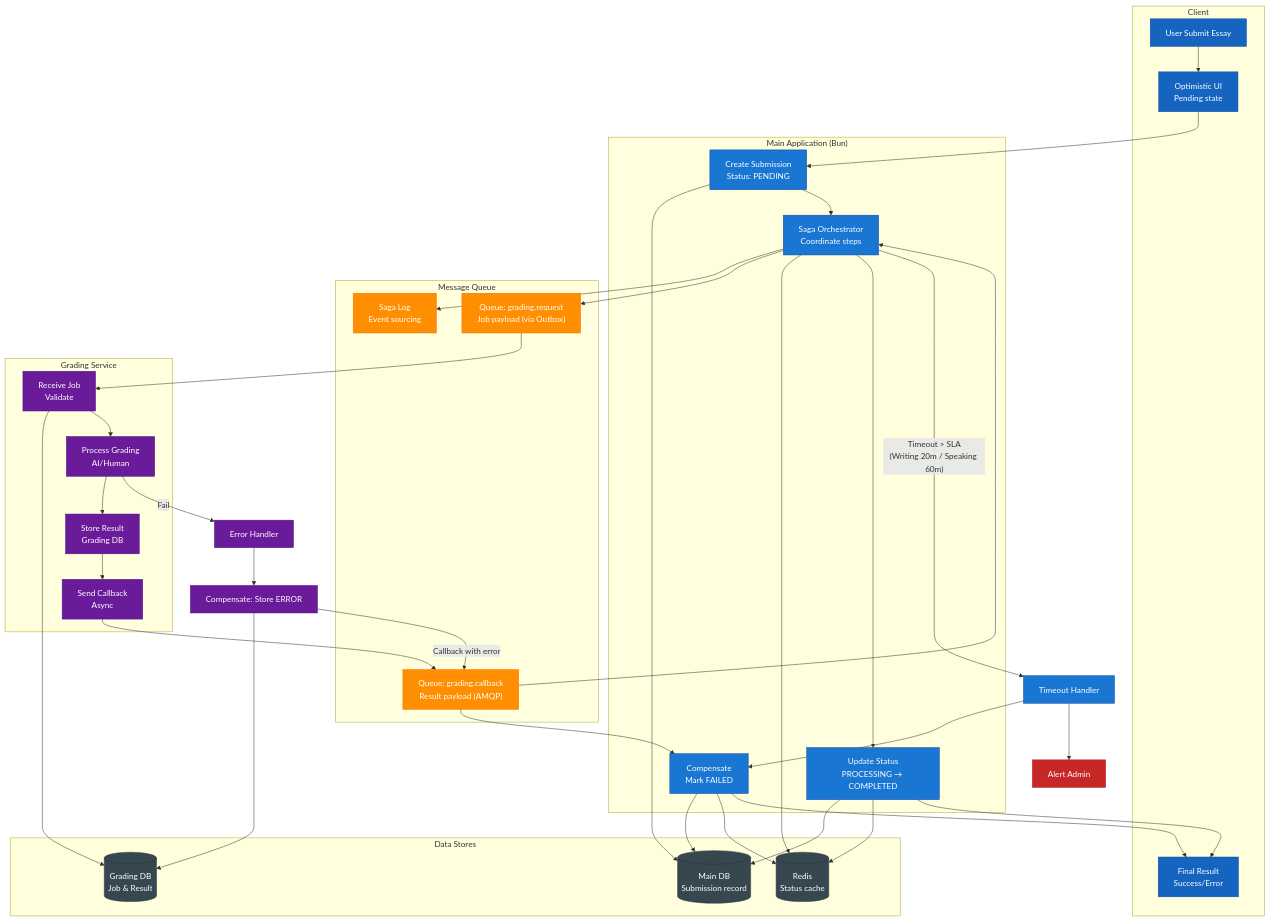
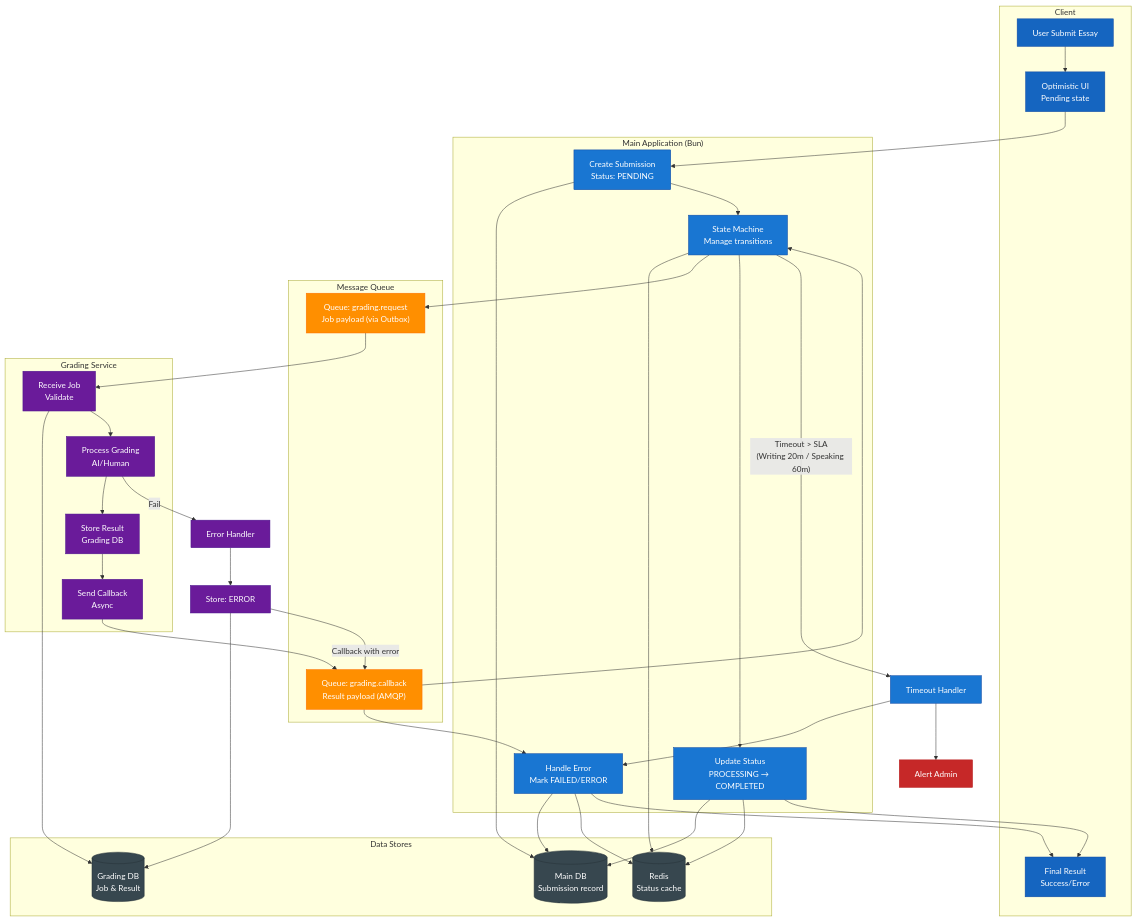
Before and after one commit to nghyane/VSTEP: the fourth of 13 diagrams in docs/capstone/diagrams/flow-diagrams.vi.md, drawn with Mermaid. The commit also changed other lines of this file and 20 other files, not shown here.

````diff
--- a/docs/capstone/diagrams/flow-diagrams.vi.md
+++ b/docs/capstone/diagrams/flow-diagrams.vi.md
@@ -282,15 +282,14 @@
 
     subgraph MainService ["Main Application (Bun)"]
         CreateSubmission["Create Submission<br/>Status: PENDING"]
-        SagaOrchestrator["Saga Orchestrator<br/>Coordinate steps"]
+        StateMachine["State Machine<br/>Manage transitions"]
         UpdateStatus["Update Status<br/>PROCESSING → COMPLETED"]
-        CompensateMain["Compensate<br/>Mark FAILED"]
+        HandleError["Handle Error<br/>Mark FAILED/ERROR"]
     end
 
     subgraph MessageQueue ["Message Queue"]
         JobRequest["Queue: grading.request<br/>Job payload (via Outbox)"]
         JobCallback["Queue: grading.callback<br/>Result payload (AMQP)"]
-        SagaLog["Saga Log<br/>Event sourcing"]
     end
 
     subgraph GradingService ["Grading Service"]
@@ -306,14 +305,13 @@
         RedisCache[("Redis<br/>Status cache")]
     end
 
-    %% Saga flow
+    %% State machine flow
     UserAction --> OptimisticUI
     OptimisticUI --> CreateSubmission
     CreateSubmission --> MainDB
-    CreateSubmission --> SagaOrchestrator
-    SagaOrchestrator --> SagaLog
-    SagaOrchestrator --> JobRequest
-    SagaOrchestrator --> RedisCache
+    CreateSubmission --> StateMachine
+    StateMachine --> RedisCache
+    StateMachine --> JobRequest
 
     %% Grading service processing
     JobRequest --> ReceiveJob
@@ -324,25 +322,25 @@
     SendCallback --> JobCallback
 
     %% Callback handling
-    JobCallback --> SagaOrchestrator
-    SagaOrchestrator --> UpdateStatus
+    JobCallback --> StateMachine
+    StateMachine --> UpdateStatus
     UpdateStatus --> MainDB
     UpdateStatus --> RedisCache
     UpdateStatus --> FinalUI
 
-    %% Failure compensation
+    %% Failure handling
     ProcessGrading -->|"Fail"| ErrorHandler["Error Handler"]
-    ErrorHandler --> CompensateGrading["Compensate: Store ERROR"]
-    CompensateGrading --> GradingDB
-    CompensateGrading -->|"Callback with error"| JobCallback
-    JobCallback --> CompensateMain
-    CompensateMain --> MainDB
-    CompensateMain --> RedisCache
-    CompensateMain --> FinalUI
+    ErrorHandler --> StoreError["Store: ERROR"]
+    StoreError --> GradingDB
+    StoreError -->|"Callback with error"| JobCallback
+    JobCallback --> HandleError
+    HandleError --> MainDB
+    HandleError --> RedisCache
+    HandleError --> FinalUI
 
     %% Timeout handling
-    SagaOrchestrator -->|"Timeout > SLA<br/>(Writing 20m / Speaking 60m)"| TimeoutHandler["Timeout Handler"]
-    TimeoutHandler --> CompensateMain
+    StateMachine -->|"Timeout > SLA<br/>(Writing 20m / Speaking 60m)"| TimeoutHandler["Timeout Handler"]
+    TimeoutHandler --> HandleError
     TimeoutHandler --> Alert["Alert Admin"]
 
     classDef client fill:#1565c0,stroke:#0d47a1,color:#fff
@@ -353,9 +351,9 @@
     classDef error fill:#c62828,stroke:#b71c1c,color:#fff
 
     class UserAction,OptimisticUI,FinalUI client
-    class CreateSubmission,SagaOrchestrator,UpdateStatus,CompensateMain,TimeoutHandler main
-    class JobRequest,JobCallback,SagaLog queue
-    class ReceiveJob,ProcessGrading,StoreResult,SendCallback,ErrorHandler,CompensateGrading grading
+    class CreateSubmission,StateMachine,UpdateStatus,HandleError,TimeoutHandler main
+    class JobRequest,JobCallback queue
+    class ReceiveJob,ProcessGrading,StoreResult,SendCallback,ErrorHandler,StoreError grading
     class MainDB,GradingDB,RedisCache data
     class Alert error
 ```
````
